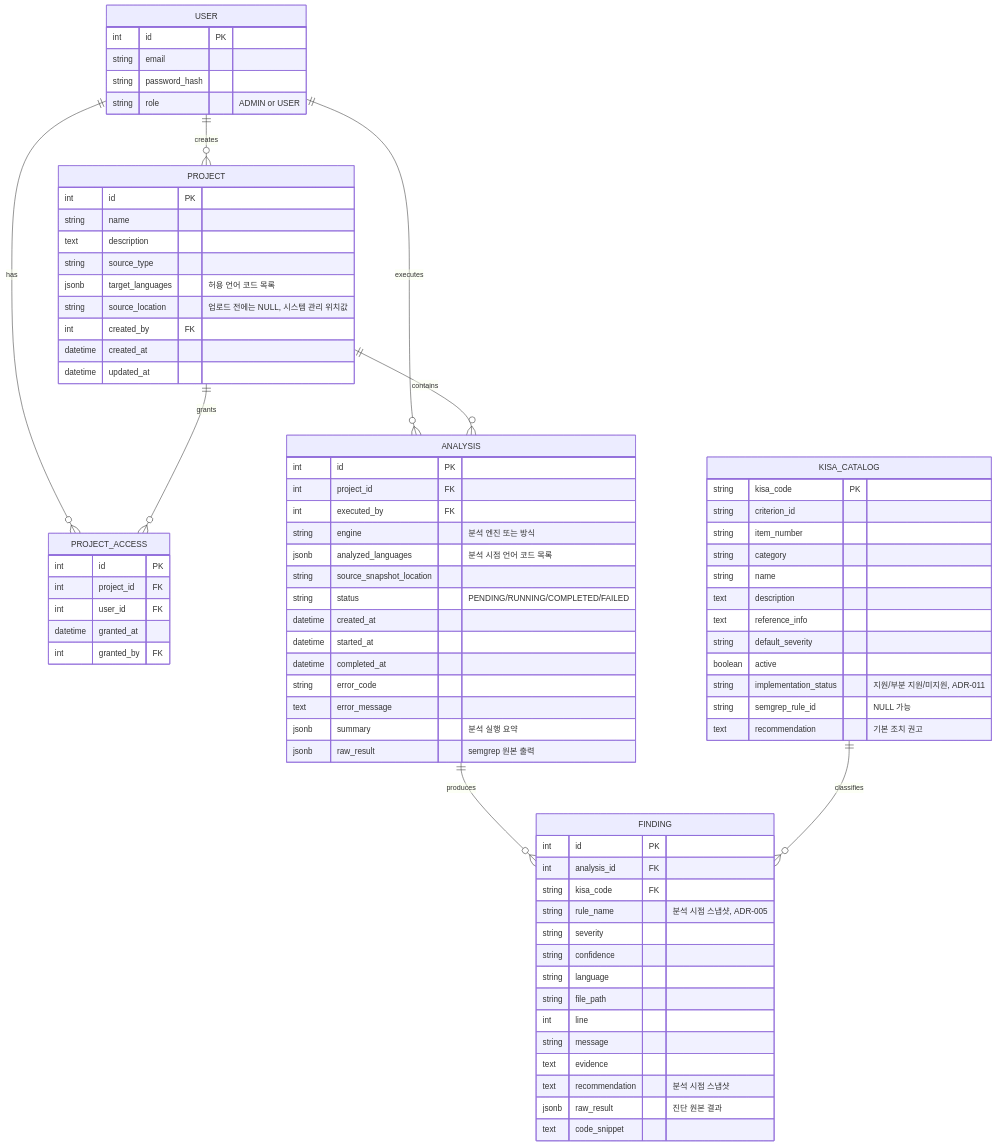
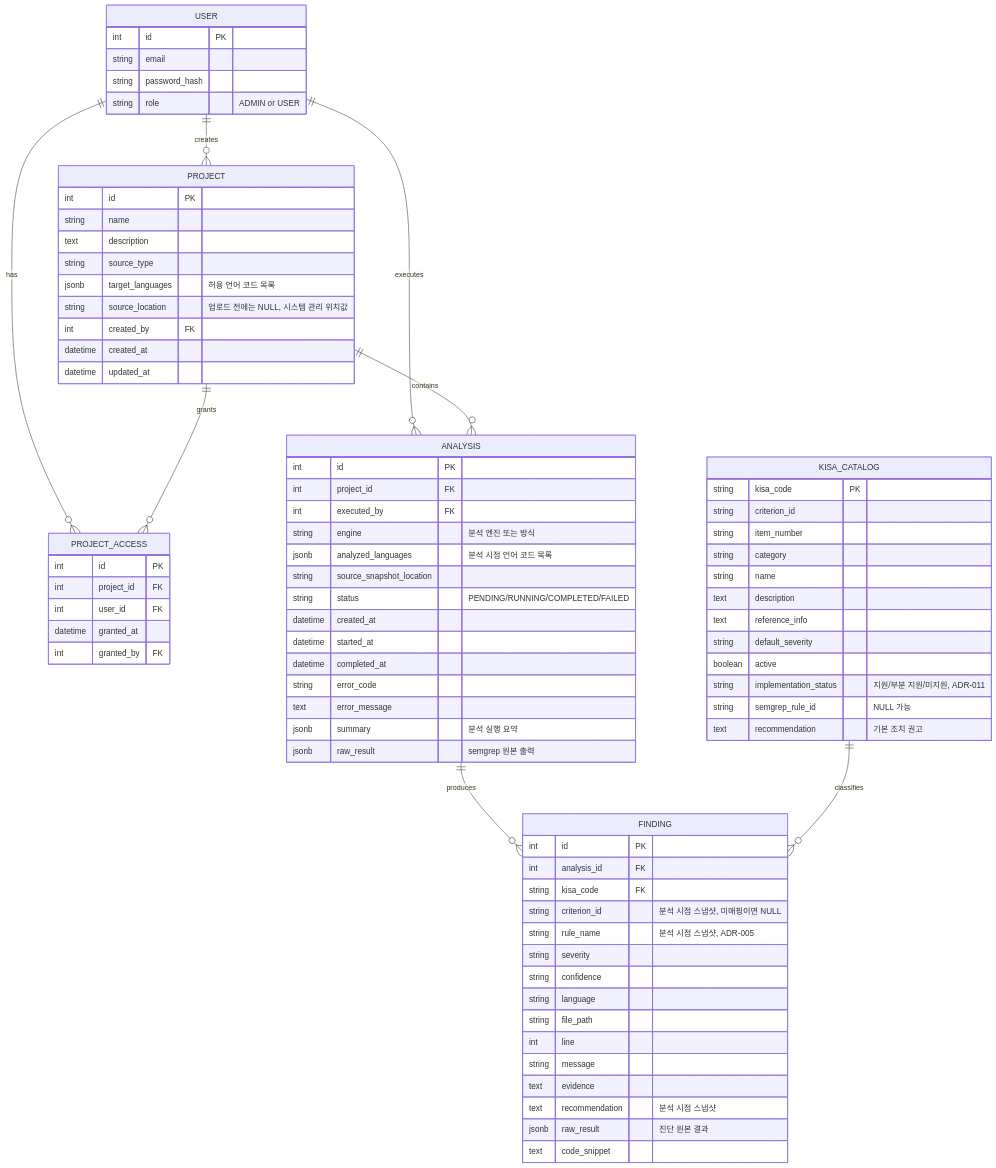
The diagram in docs/erd.md (nYeonG4001/secscan), drawn with Mermaid before and after one commit. The commit also changed other lines of this file and 4 other files, not shown here.

````diff
--- a/docs/erd.md
+++ b/docs/erd.md
@@ -5,81 +5,82 @@
 ```mermaid
 erDiagram
     USER ||--o{ PROJECT : creates
     USER ||--o{ PROJECT_ACCESS : has
     USER ||--o{ ANALYSIS : executes
     PROJECT ||--o{ PROJECT_ACCESS : grants
     PROJECT ||--o{ ANALYSIS : contains
     ANALYSIS ||--o{ FINDING : produces
     KISA_CATALOG ||--o{ FINDING : classifies
 
     USER {
         int id PK
         string email
         string password_hash
         string role "ADMIN or USER"
     }
     PROJECT {
         int id PK
         string name
         text description
         string source_type
         jsonb target_languages "허용 언어 코드 목록"
         string source_location "업로드 전에는 NULL, 시스템 관리 위치값"
         int created_by FK
         datetime created_at
         datetime updated_at
     }
     PROJECT_ACCESS {
         int id PK
         int project_id FK
         int user_id FK
         datetime granted_at
         int granted_by FK
     }
     ANALYSIS {
         int id PK
         int project_id FK
         int executed_by FK
         string engine "분석 엔진 또는 방식"
         jsonb analyzed_languages "분석 시점 언어 코드 목록"
         string source_snapshot_location
         string status "PENDING/RUNNING/COMPLETED/FAILED"
         datetime created_at
         datetime started_at
         datetime completed_at
         string error_code
         text error_message
         jsonb summary "분석 실행 요약"
         jsonb raw_result "semgrep 원본 출력"
     }
     FINDING {
         int id PK
         int analysis_id FK
         string kisa_code FK
+        string criterion_id "분석 시점 스냅샷, 미매핑이면 NULL"
         string rule_name "분석 시점 스냅샷, ADR-005"
         string severity
         string confidence
         string language
         string file_path
         int line
         string message
         text evidence
         text recommendation "분석 시점 스냅샷"
         jsonb raw_result "진단 원본 결과"
         text code_snippet
     }
     KISA_CATALOG {
         string kisa_code PK
         string criterion_id
         string item_number
         string category
         string name
         text description
         text reference_info
         string default_severity
         boolean active
         string implementation_status "지원/부분 지원/미지원, ADR-011"
         string semgrep_rule_id "NULL 가능"
         text recommendation "기본 조치 권고"
     }
 ```
````
